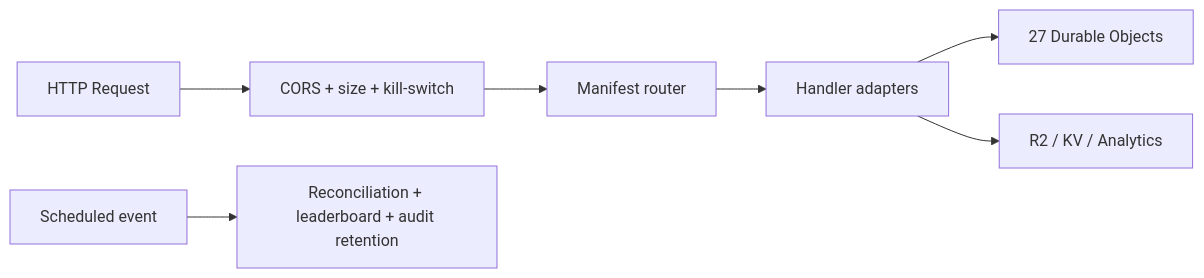
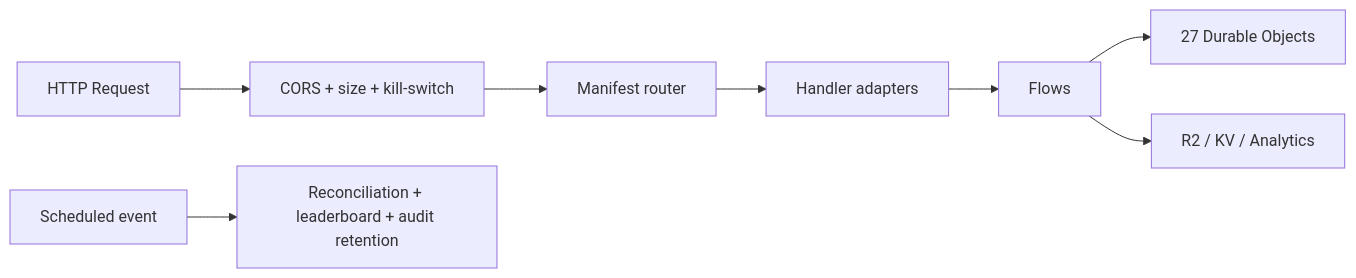
One commit to ocentra/ocentra-games changed the first of 18 diagrams in infra/cloudflare/docs/ARCHITECTURE.md. Above: the diagram before and after it, drawn with Mermaid. The commit also changed other lines of this file and 35 other files, not shown here.

````diff
--- a/infra/cloudflare/docs/ARCHITECTURE.md
+++ b/infra/cloudflare/docs/ARCHITECTURE.md
@@ -46,9 +45,10 @@
 ```mermaid
 flowchart LR
   Req[HTTP Request] --> Guards[CORS + size + kill-switch]
   Guards --> Router[Manifest router]
   Router --> H[Handler adapters]
-  H --> DO[27 Durable Objects]
-  H --> Store[R2 / KV / Analytics]
+  H --> Flow[Flows]
+  Flow --> DO[27 Durable Objects]
+  Flow --> Store[R2 / KV / Analytics]
   Cron[Scheduled event] --> Jobs[Reconciliation + leaderboard + audit retention]
 ```
````
